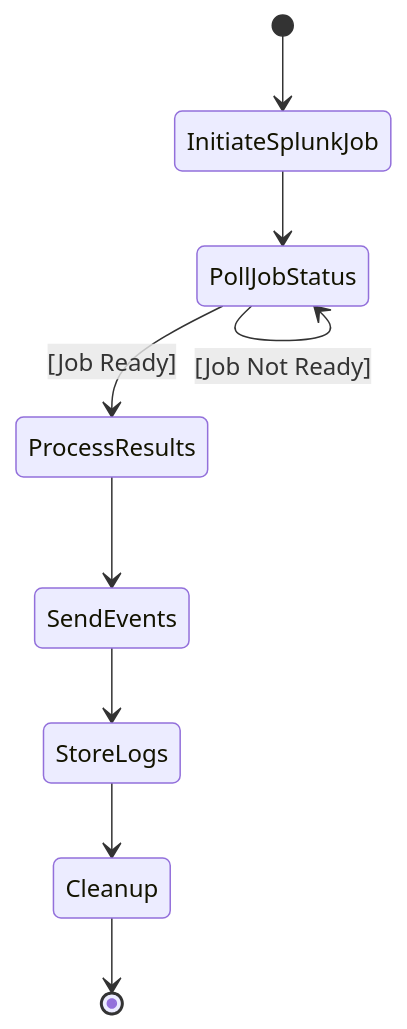
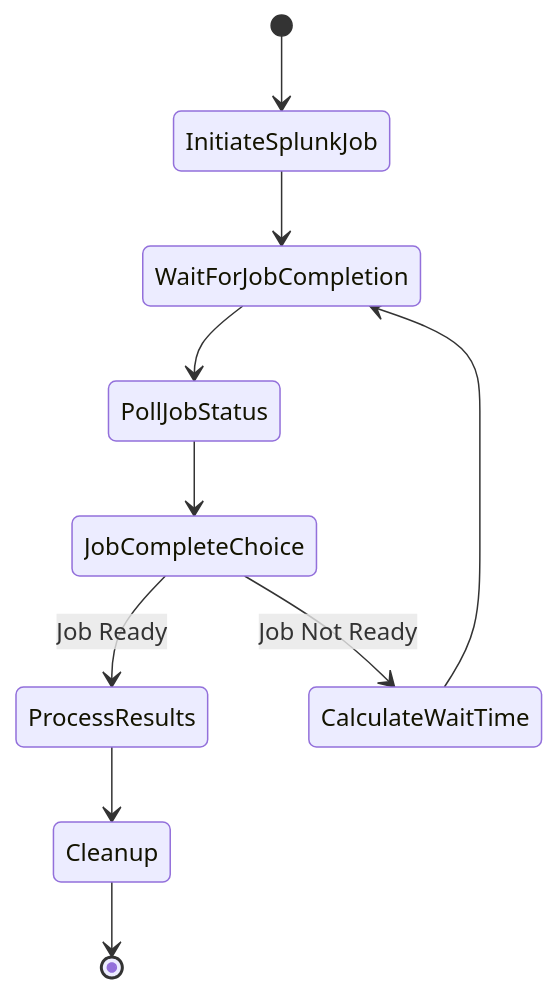
Before and after one commit to usadisney/ideas: the fourth of 6 diagrams in README.md, drawn with Mermaid. The commit also changed other lines of this file, not shown here.

````diff
--- a/README.md
+++ b/README.md
@@ -454,11 +538,12 @@
 ```mermaid
 stateDiagram-v2
     [*] --> InitiateSplunkJob
-    InitiateSplunkJob --> PollJobStatus
-    PollJobStatus --> PollJobStatus: [Job Not Ready]
-    PollJobStatus --> ProcessResults: [Job Ready]
-    ProcessResults --> SendEvents
-    SendEvents --> StoreLogs
-    StoreLogs --> Cleanup
+    InitiateSplunkJob --> WaitForJobCompletion
+    WaitForJobCompletion --> PollJobStatus
+    PollJobStatus --> JobCompleteChoice
+    JobCompleteChoice --> ProcessResults: Job Ready
+    JobCompleteChoice --> CalculateWaitTime: Job Not Ready
+    CalculateWaitTime --> WaitForJobCompletion
+    ProcessResults --> Cleanup
     Cleanup --> [*]
 ```
````
